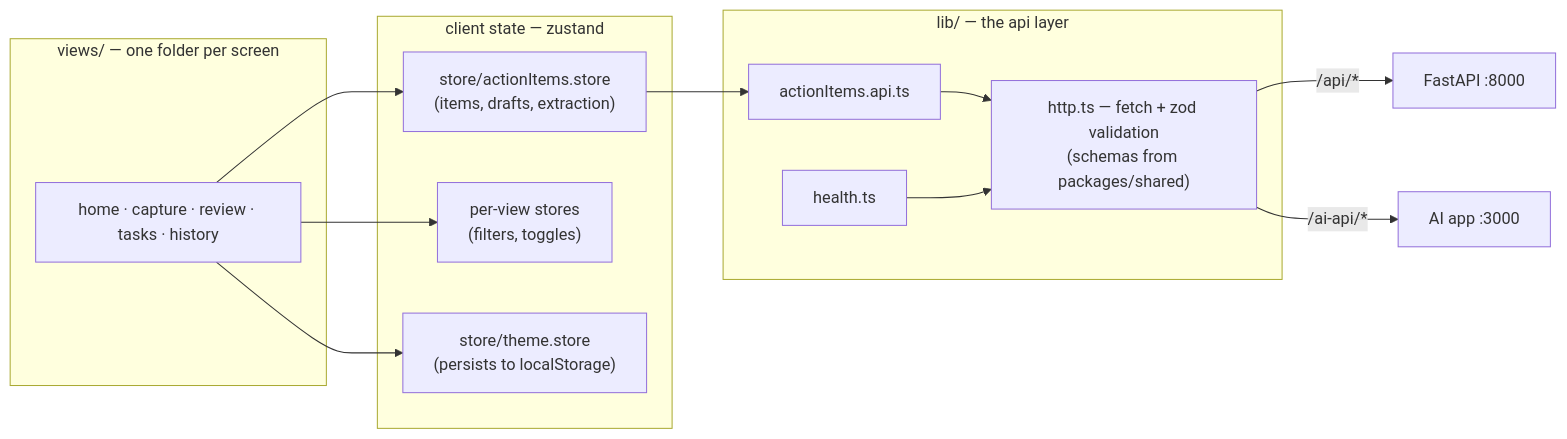
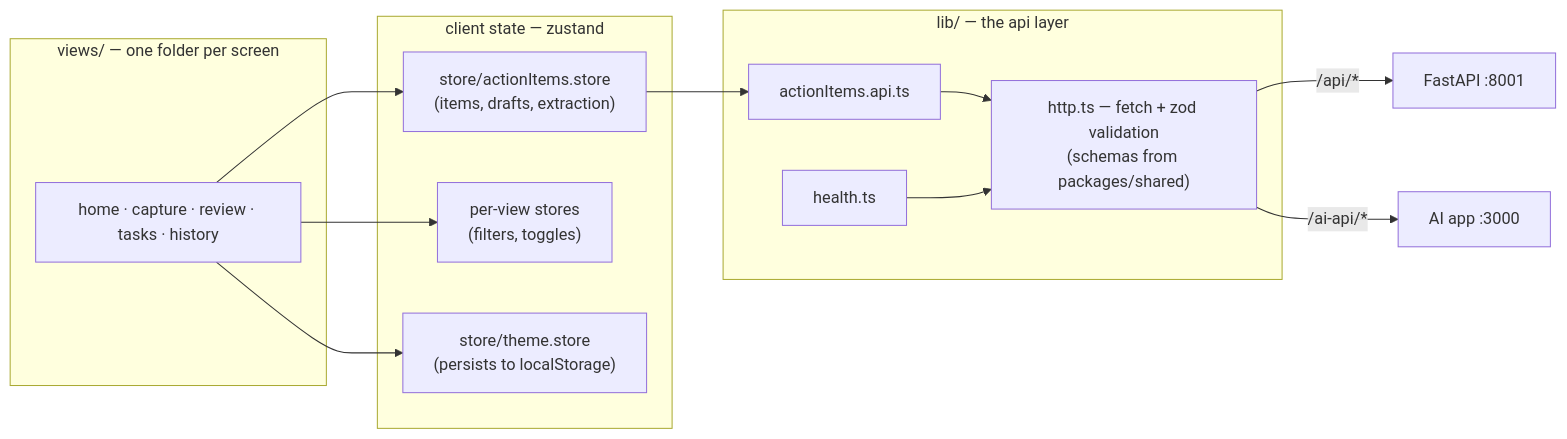
The diagram in docs/architecture/web.md (kpark93/note2action), drawn with Mermaid before and after one commit. The commit also changed 8 other files, not shown here.

````diff
--- a/docs/architecture/web.md
+++ b/docs/architecture/web.md
@@ -8,27 +8,27 @@
 ```mermaid
 flowchart LR
     subgraph Views["views/ — one folder per screen"]
         V["home · capture · review · tasks · history"]
     end
 
     subgraph State["client state — zustand"]
         Items["store/actionItems.store<br/>(items, drafts, extraction)"]
         PerView["per-view stores<br/>(filters, toggles)"]
         Theme["store/theme.store<br/>(persists to localStorage)"]
     end
 
     subgraph ApiLayer["lib/ — the api layer"]
         ItemsApi["actionItems.api.ts"]
         Health["health.ts"]
         Http["http.ts — fetch + zod validation<br/>(schemas from packages/shared)"]
     end
 
     V --> Items
     V --> PerView
     V --> Theme
     Items --> ItemsApi
     ItemsApi --> Http
     Health --> Http
-    Http -->|"/api/*"| API["FastAPI :8000"]
+    Http -->|"/api/*"| API["FastAPI :8001"]
     Http -->|"/ai-api/*"| AI["AI app :3000"]
 ```
````
